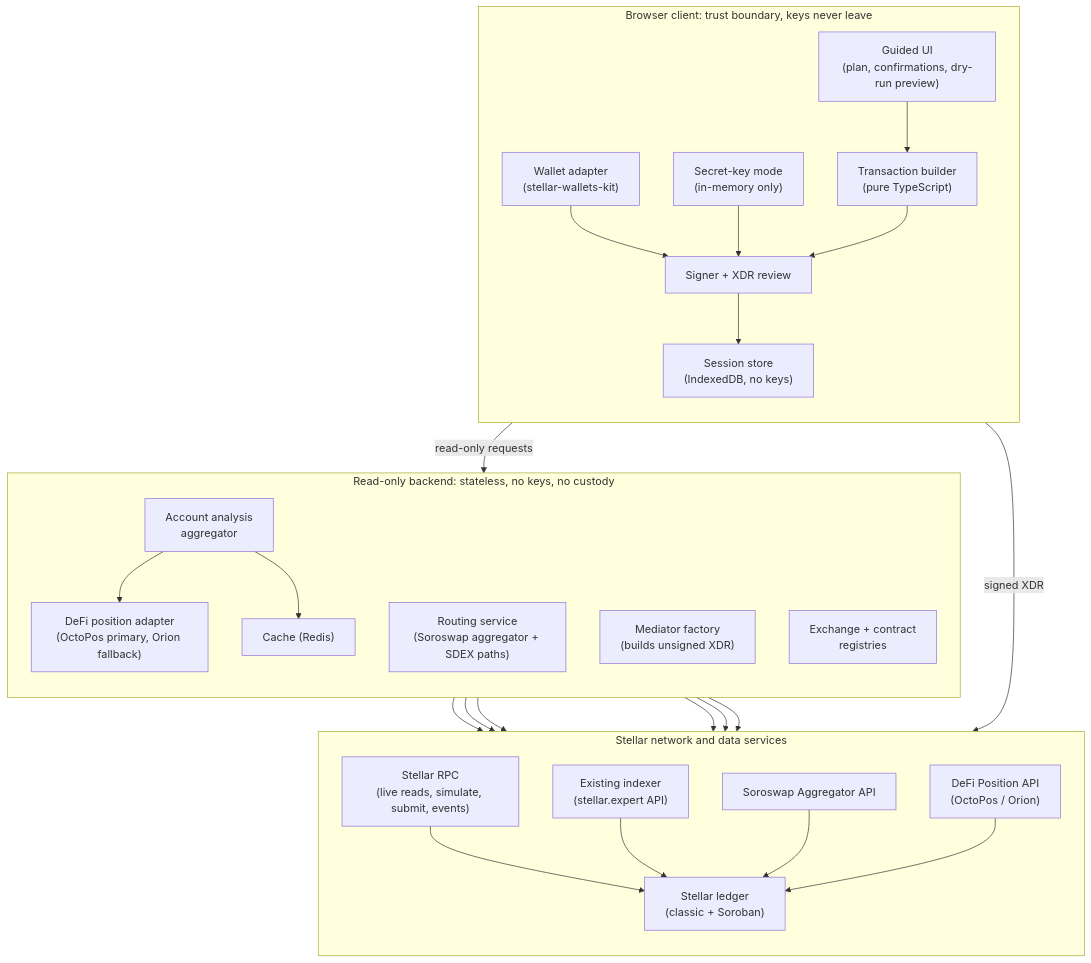
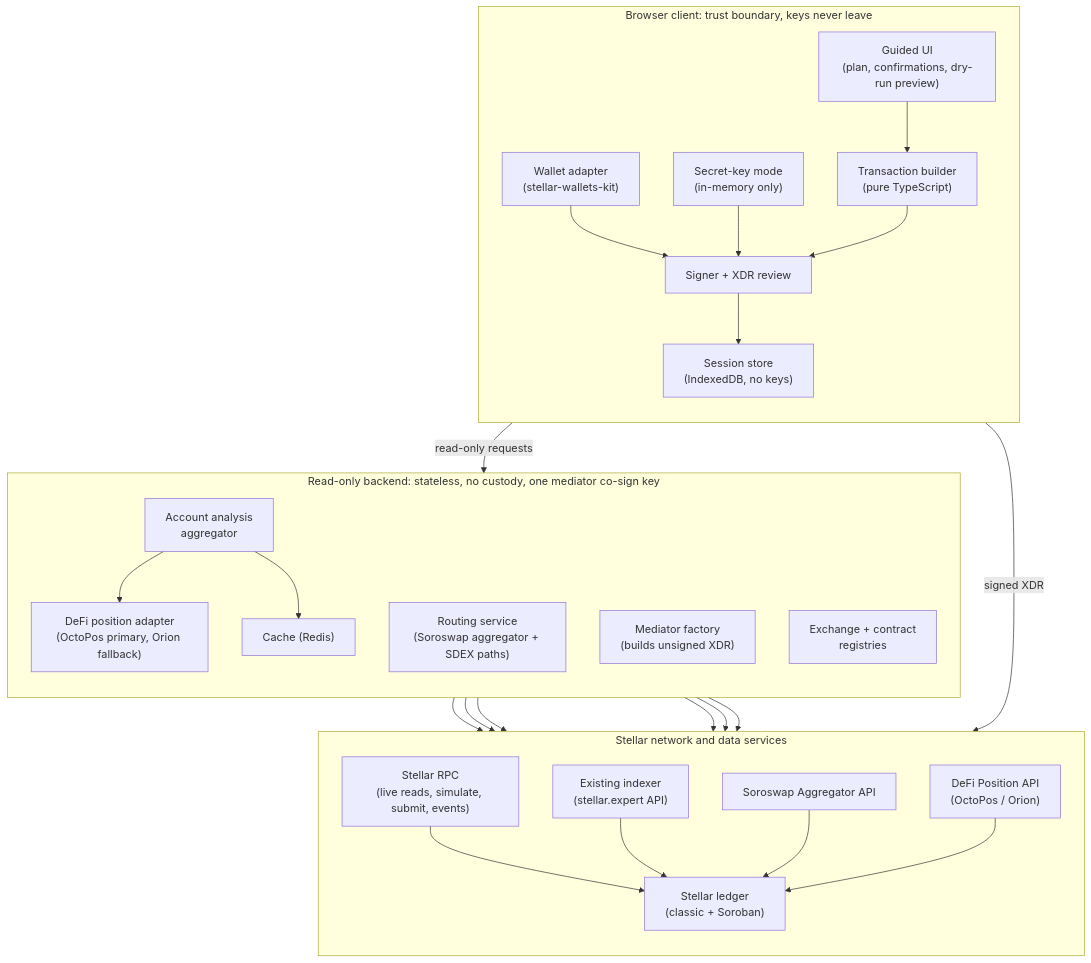
Before and after one commit to OscarGauss/lumenwipe: the first of 9 diagrams in docs/architecture.md, drawn with Mermaid. The commit also changed other lines of this file and 28 other files, not shown here.

````diff
--- a/docs/architecture.md
+++ b/docs/architecture.md
@@ -106,53 +106,53 @@
 ```mermaid
 flowchart TB
     subgraph client["Browser client: trust boundary, keys never leave"]
         direction TB
         ui["Guided UI<br/>(plan, confirmations, dry-run preview)"]
         wk["Wallet adapter<br/>(stellar-wallets-kit)"]
         sk["Secret-key mode<br/>(in-memory only)"]
         builder["Transaction builder<br/>(pure TypeScript)"]
         signer["Signer + XDR review"]
         sess["Session store<br/>(IndexedDB, no keys)"]
     end
 
-    subgraph backend["Read-only backend: stateless, no keys, no custody"]
+    subgraph backend["Read-only backend: stateless, no custody, one mediator co-sign key"]
         direction TB
         analysis["Account analysis<br/>aggregator"]
         defi["DeFi position adapter<br/>(OctoPos primary, Orion fallback)"]
         route["Routing service<br/>(Soroswap aggregator + SDEX paths)"]
         med["Mediator factory<br/>(builds unsigned XDR)"]
         reg["Exchange + contract<br/>registries"]
         cache["Cache (Redis)"]
     end
 
     subgraph data["Stellar network and data services"]
         direction TB
         rpc["Stellar RPC<br/>(live reads, simulate, submit, events)"]
         idx["Existing indexer<br/>(stellar.expert API)"]
         soro["Soroswap Aggregator API"]
         pos["DeFi Position API<br/>(OctoPos / Orion)"]
         net["Stellar ledger<br/>(classic + Soroban)"]
     end
 
     ui --> builder
     wk --> signer
     sk --> signer
     builder --> signer
     signer -->|"signed XDR"| rpc
     signer --> sess
 
     ui -->|"read-only requests"| analysis
     analysis --> idx
     analysis --> rpc
     analysis --> defi
     defi --> pos
     route --> soro
     route --> idx
     med --> rpc
     analysis --> cache
 
     rpc --> net
     idx --> net
     soro --> net
     pos --> net
 ```
````
